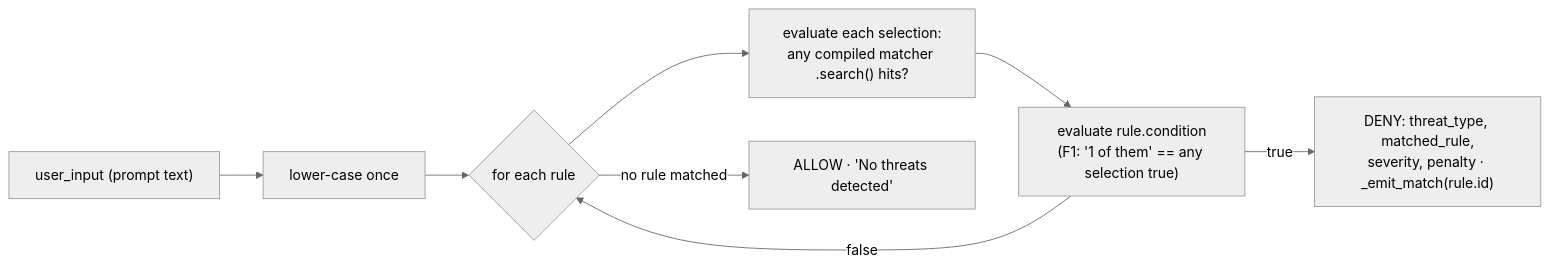
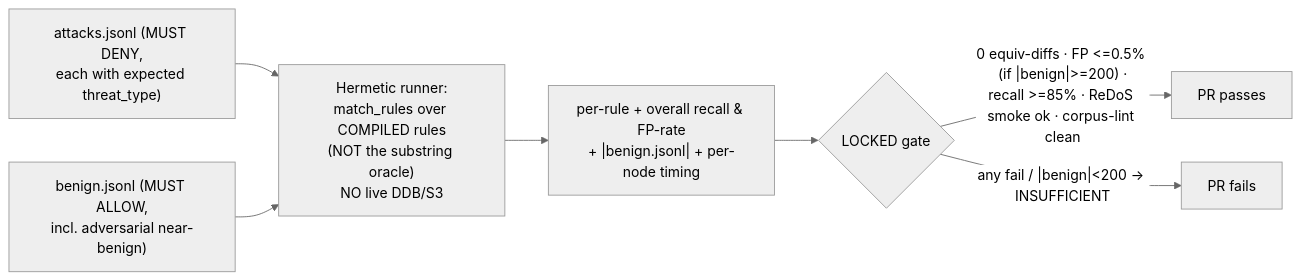
One commit to shashank31mar/Sentra changed the second of 3 diagrams in tasks/serverless-edition/ws-f-prompt-signatures.md. Above: the diagram before and after it, drawn with Mermaid (neutral theme). The commit also changed other lines of this file and 4 other files, not shown here.

````diff
--- a/tasks/serverless-edition/ws-f-prompt-signatures.md
+++ b/tasks/serverless-edition/ws-f-prompt-signatures.md
@@ -73,10 +224,9 @@
 ```mermaid
 flowchart LR
-  IN["user_input (prompt text)"] --> LC["lower-case once"]
-  LC --> R{"for each rule"}
-  R --> SEL["evaluate each selection:<br/>any compiled matcher .search() hits?"]
-  SEL --> COND["evaluate rule.condition<br/>(F1: '1 of them' == any selection true)"]
-  COND -->|true| DENY["DENY: threat_type, matched_rule,<br/>severity, penalty · _emit_match(rule.id)"]
-  COND -->|false| R
-  R -->|no rule matched| ALLOW["ALLOW · 'No threats detected'"]
+  A["attacks.jsonl (MUST DENY,<br/>each with expected threat_type)"] --> R["Hermetic runner:<br/>match_rules over COMPILED rules<br/>(NOT the substring oracle)<br/>NO live DDB/S3"]
+  B["benign.jsonl (MUST ALLOW,<br/>incl. adversarial near-benign)"] --> R
+  R --> M["per-rule + overall recall & FP-rate<br/>+ |benign.jsonl| + per-node timing"]
+  M --> G{"LOCKED gate"}
+  G -->|"0 equiv-diffs · FP <=0.5% (if |benign|>=200) ·<br/>recall >=85% · ReDoS smoke ok · corpus-lint clean"| PASS["PR passes"]
+  G -->|"any fail / |benign|<200 -> INSUFFICIENT"| FAIL["PR fails"]
 ```
````
